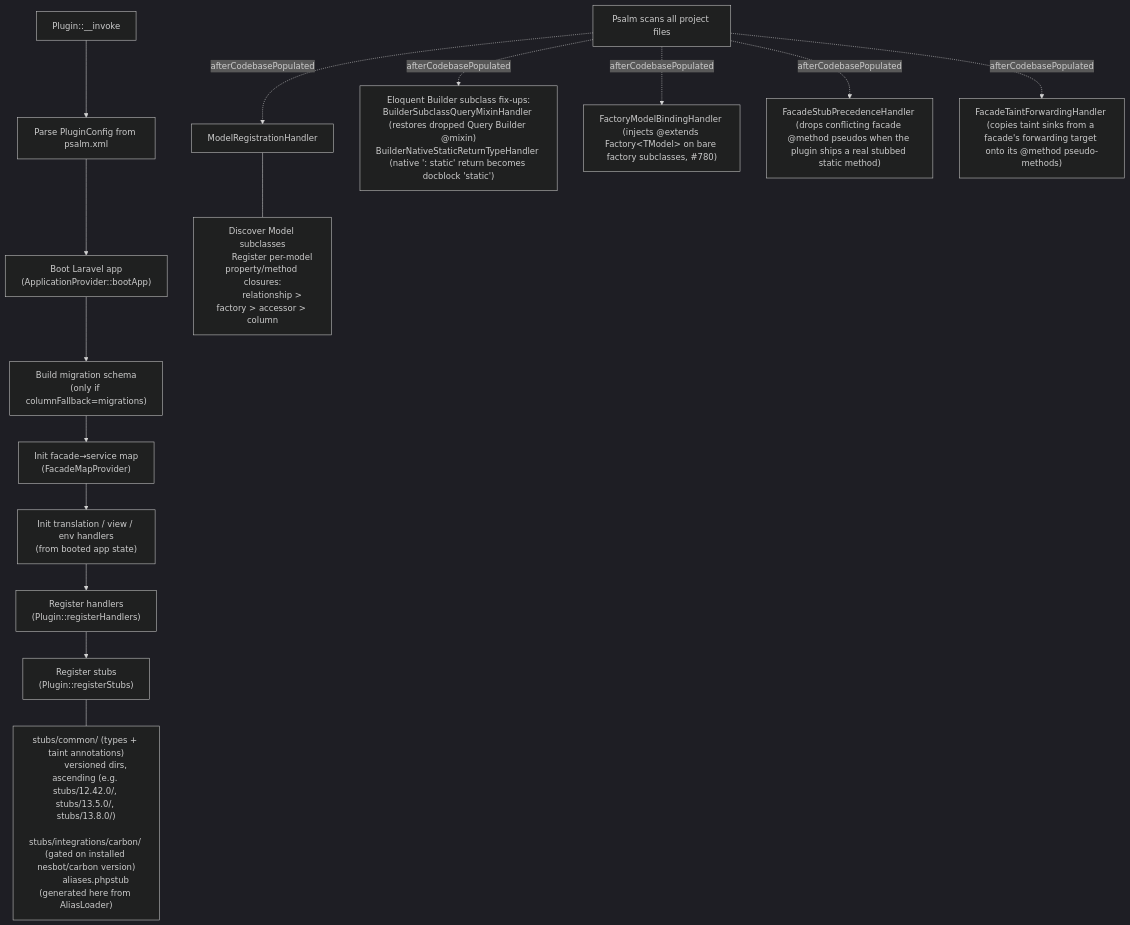
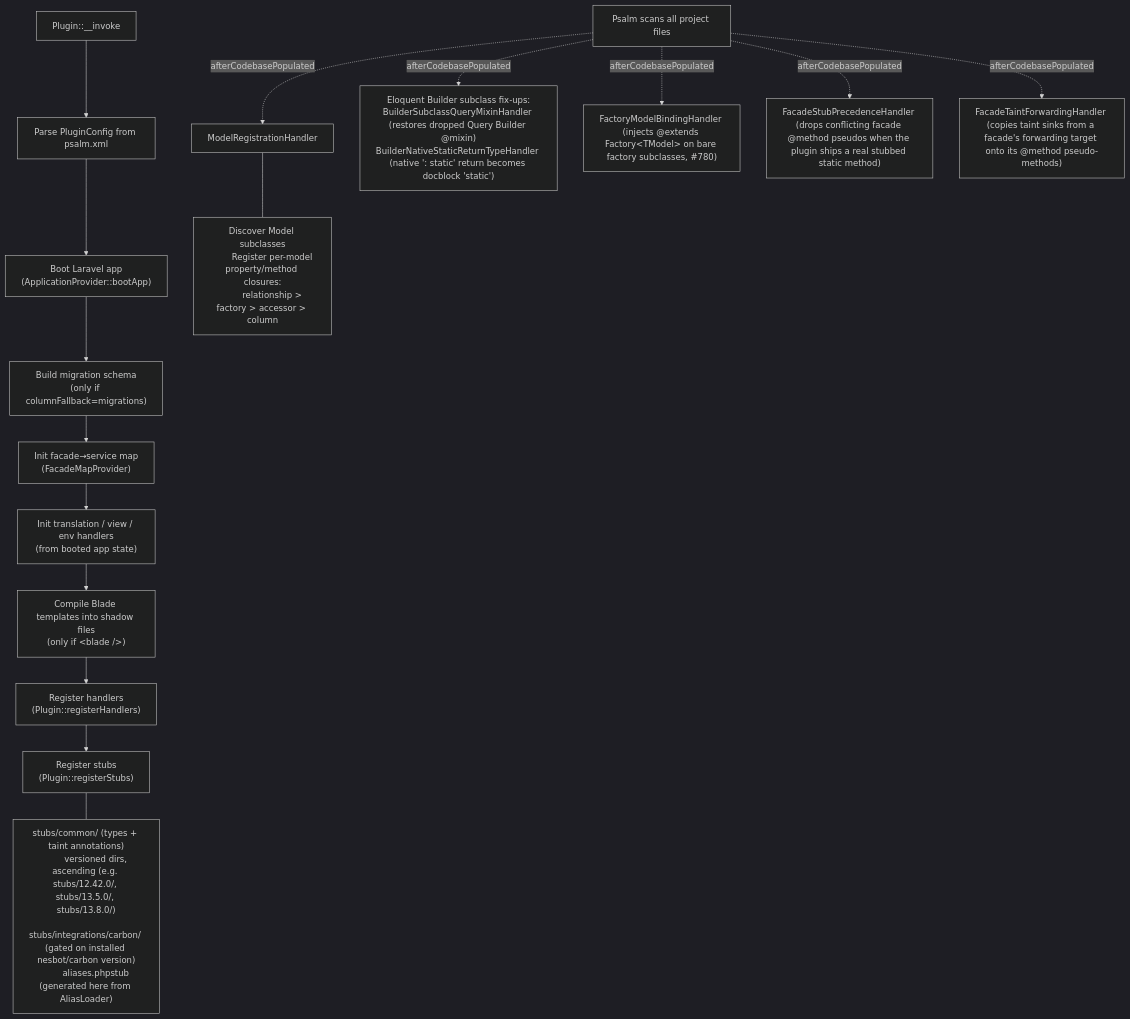
The first of 2 diagrams in docs/contributing/README.md (psalm/psalm-plugin-laravel), drawn with Mermaid (dark theme) before and after one commit. The commit also changed other lines of this file and 373 other files, not shown here.

````diff
--- a/docs/contributing/README.md
+++ b/docs/contributing/README.md
@@ -19,28 +19,29 @@
 ```mermaid
 flowchart TD
     A["Plugin::__invoke"] --> B["Parse PluginConfig from psalm.xml"]
     B --> C["Boot Laravel app\n(ApplicationProvider::bootApp)"]
     C --> D["Build migration schema\n(only if columnFallback=migrations)"]
     D --> E["Init facade→service map\n(FacadeMapProvider)"]
     E --> F["Init translation / view / env handlers\n(from booted app state)"]
-    F --> G["Register handlers\n(Plugin::registerHandlers)"]
+    F --> BL["Compile Blade templates into shadow files\n(only if &lt;blade /&gt;)"]
+    BL --> G["Register handlers\n(Plugin::registerHandlers)"]
     G --> H["Register stubs\n(Plugin::registerStubs)"]
 
     H --- stubs["
         stubs/common/ (types + taint annotations)
         versioned dirs, ascending (e.g. stubs/12.42.0/, stubs/13.5.0/, stubs/13.8.0/)
         stubs/integrations/carbon/ (gated on installed nesbot/carbon version)
         aliases.phpstub (generated here from AliasLoader)
     "]
 
     I["Psalm scans all project files"] -.->|afterCodebasePopulated| J["ModelRegistrationHandler"]
     I -.->|afterCodebasePopulated| K["Eloquent Builder subclass fix-ups:\nBuilderSubclassQueryMixinHandler (restores dropped Query Builder @mixin)\nBuilderNativeStaticReturnTypeHandler (native ': static' return becomes docblock 'static')"]
     I -.->|afterCodebasePopulated| FMB["FactoryModelBindingHandler (injects @extends Factory&lt;TModel&gt; on bare factory subclasses, #780)"]
     I -.->|afterCodebasePopulated| FSP["FacadeStubPrecedenceHandler (drops conflicting facade @method pseudos when the plugin ships a real stubbed static method)"]
     I -.->|afterCodebasePopulated| FTF["FacadeTaintForwardingHandler (copies taint sinks from a facade's forwarding target onto its @method pseudo-methods)"]
     J --- models["
         Discover Model subclasses
         Register per-model property/method closures:
         relationship > factory > accessor > column
     "]
 ```
````
